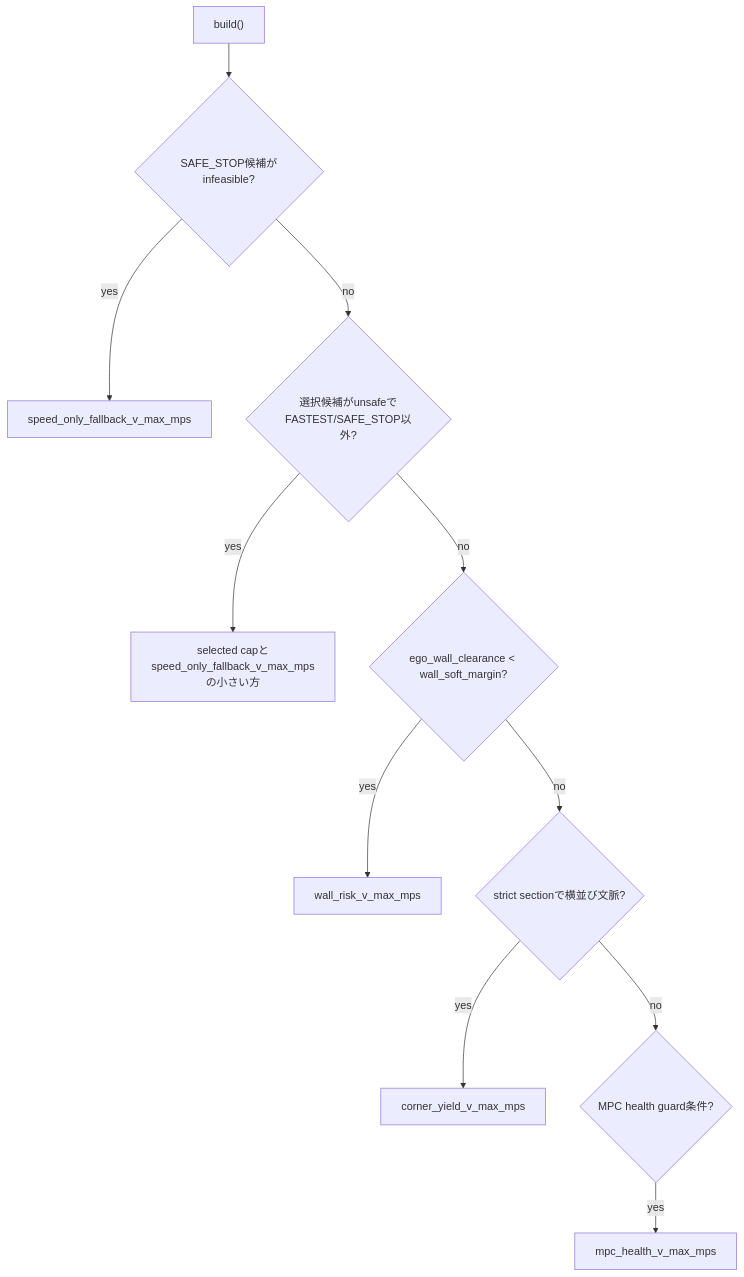
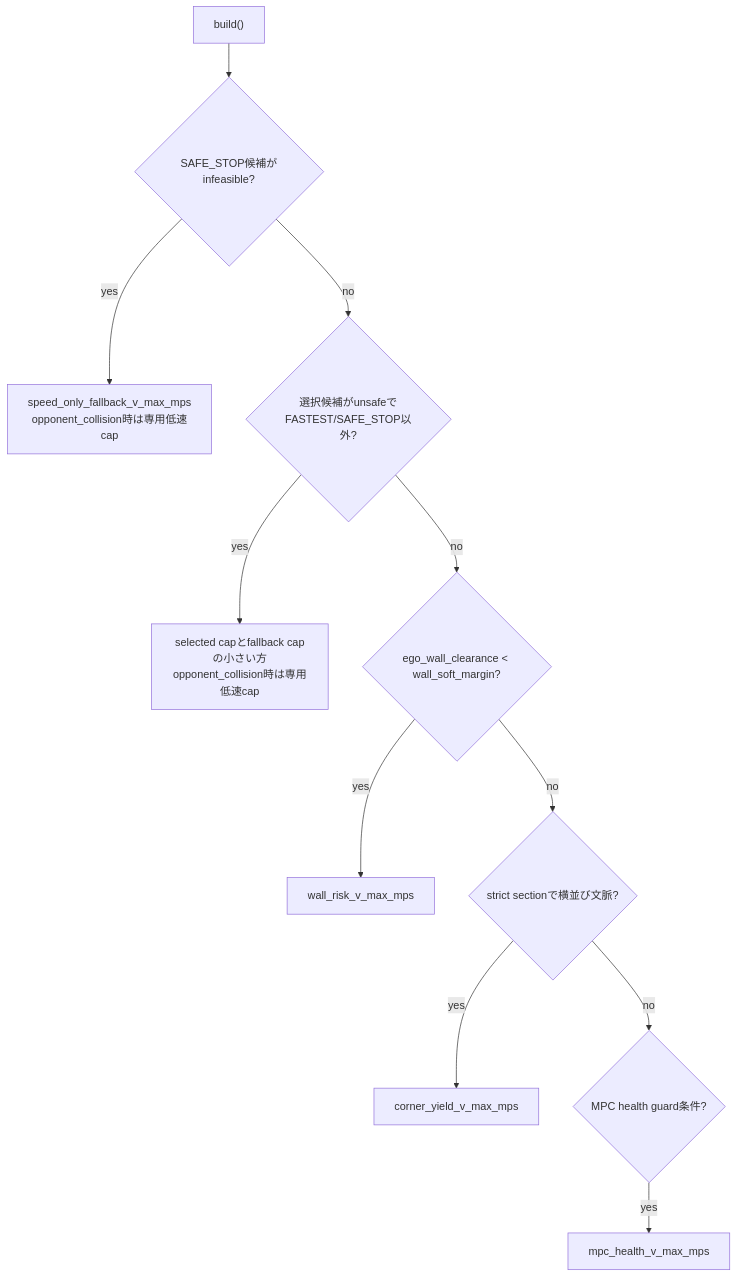
One commit to fis-teria/aichallenge-racingkart changed diagram 15 of 15 in aichallenge/workspace/src/aichallenge_submit/overtake_planner/docs/06_source_logic_walkthrough.md. Above: the diagram before and after it, drawn with Mermaid. The commit also changed other lines of this file and 35 other files, not shown here.

````diff
--- a/aichallenge/workspace/src/aichallenge_submit/overtake_planner/docs/06_source_logic_walkthrough.md
+++ b/aichallenge/workspace/src/aichallenge_submit/overtake_planner/docs/06_source_logic_walkthrough.md
@@ -669,13 +679,13 @@
 ```mermaid
 flowchart TD
   Start["build()"] --> SafeStopInfeasible{"SAFE_STOP候補がinfeasible?"}
-  SafeStopInfeasible -- "yes" --> SpeedOnly["speed_only_fallback_v_max_mps"]
+  SafeStopInfeasible -- "yes" --> SpeedOnly["speed_only_fallback_v_max_mps<br/>opponent_collision時は専用低速cap"]
   SafeStopInfeasible -- "no" --> SelectedUnsafe{"選択候補がunsafeでFASTEST/SAFE_STOP以外?"}
-  SelectedUnsafe -- "yes" --> SpeedOnly2["selected capとspeed_only_fallback_v_max_mpsの小さい方"]
+  SelectedUnsafe -- "yes" --> SpeedOnly2["selected capとfallback capの小さい方<br/>opponent_collision時は専用低速cap"]
   SelectedUnsafe -- "no" --> Wall{"ego_wall_clearance < wall_soft_margin?"}
   Wall -- "yes" --> WallGuard["wall_risk_v_max_mps"]
   Wall -- "no" --> Section{"strict sectionで横並び文脈?"}
   Section -- "yes" --> SectionGuard["corner_yield_v_max_mps"]
   Section -- "no" --> Mpc{"MPC health guard条件?"}
   Mpc -- "yes" --> MpcGuard["mpc_health_v_max_mps"]
 ```
````
